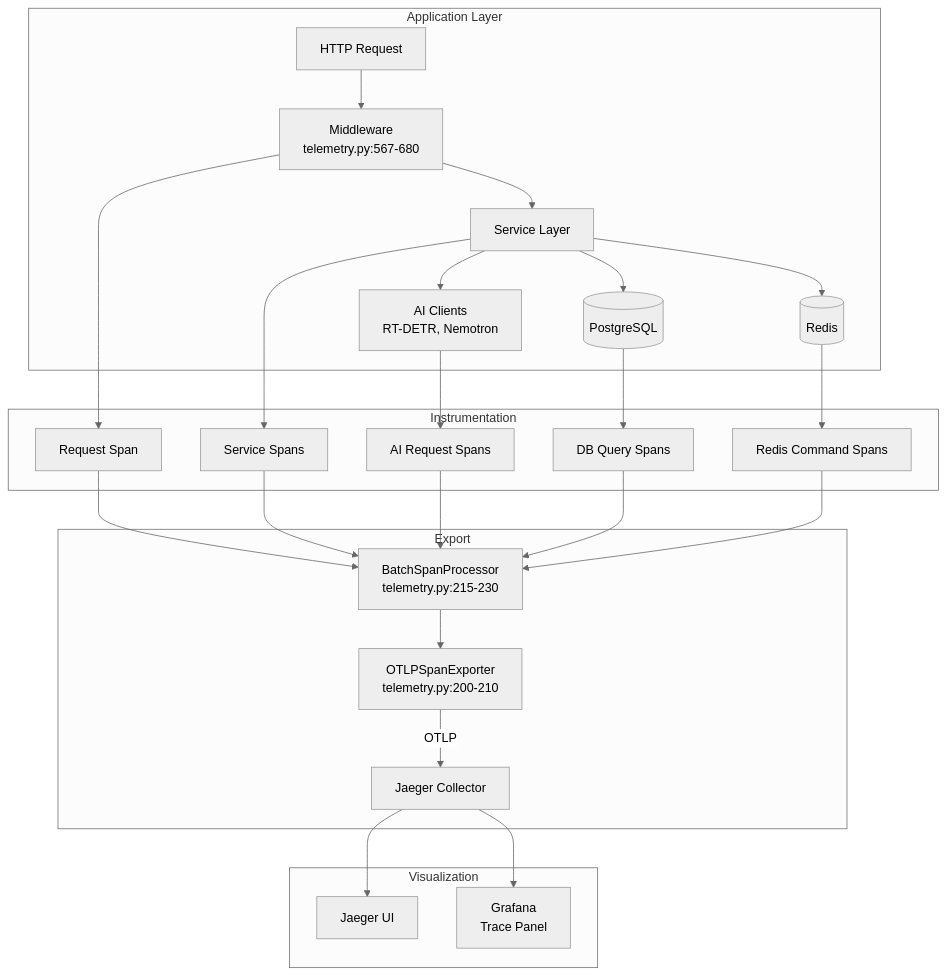
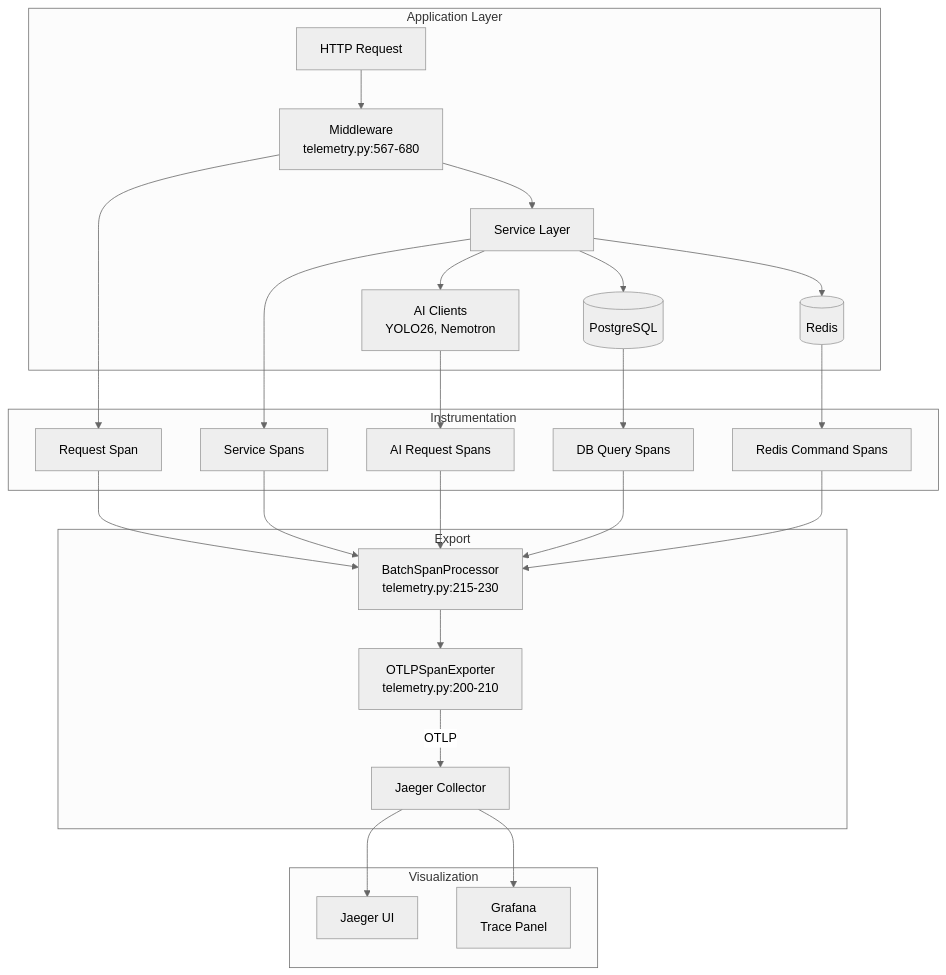
Before and after one commit to mikesvoboda/nemotron-v3-home-security-intelligence: the diagram in docs/architecture/observability/distributed-tracing.md, drawn with Mermaid (neutral theme). The commit also changed other lines of this file and 474 other files, not shown here.

First line of the commit message:
feat: complete RT-DETR to YOLO26 migration and fix test stability (#4442)

````diff
--- a/docs/architecture/observability/distributed-tracing.md
+++ b/docs/architecture/observability/distributed-tracing.md
@@ -21,33 +21,33 @@
 ```mermaid
 graph TD
     subgraph "Application Layer"
         REQ[HTTP Request] --> MW[Middleware<br/>telemetry.py:567-680]
         MW --> SVC[Service Layer]
-        SVC --> AI[AI Clients<br/>RT-DETR, Nemotron]
+        SVC --> AI[AI Clients<br/>YOLO26, Nemotron]
         SVC --> DB[(PostgreSQL)]
         SVC --> REDIS[(Redis)]
     end
 
     subgraph "Instrumentation"
         MW --> SPAN1[Request Span]
         SVC --> SPAN2[Service Spans]
         AI --> SPAN3[AI Request Spans]
         DB --> SPAN4[DB Query Spans]
         REDIS --> SPAN5[Redis Command Spans]
     end
 
     subgraph "Export"
         SPAN1 --> PROC[BatchSpanProcessor<br/>telemetry.py:215-230]
         SPAN2 --> PROC
         SPAN3 --> PROC
         SPAN4 --> PROC
         SPAN5 --> PROC
         PROC --> EXP[OTLPSpanExporter<br/>telemetry.py:200-210]
         EXP --> |OTLP| JAEG[Jaeger Collector]
     end
 
     subgraph "Visualization"
         JAEG --> UI[Jaeger UI]
         JAEG --> GRAF[Grafana<br/>Trace Panel]
     end
 ```
````
